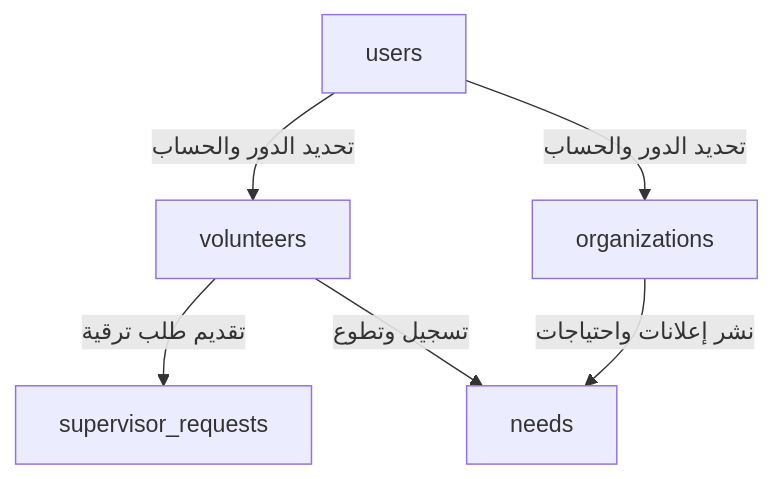
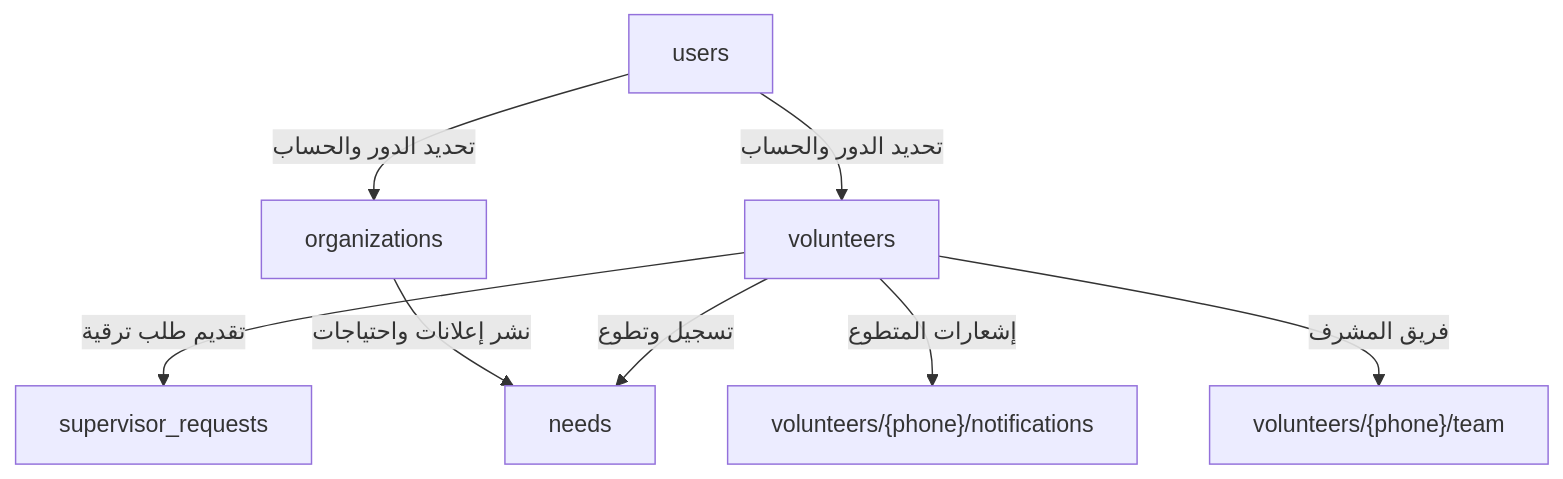
Before and after one commit to ThorsVinland/MAHROUSA: the diagram in FIRESTORE_SCHEMA.md, drawn with Mermaid. The commit also changed other lines of this file and 18 other files, not shown here.

````diff
--- a/FIRESTORE_SCHEMA.md
+++ b/FIRESTORE_SCHEMA.md
@@ -9,8 +9,10 @@
 ```mermaid
 graph TD
     A[users] -->|تحديد الدور والحساب| B[volunteers]
     A -->|تحديد الدور والحساب| C[organizations]
     B -->|تقديم طلب ترقية| D[supervisor_requests]
     C -->|نشر إعلانات واحتياجات| E[needs]
     B -->|تسجيل وتطوع| E
+    B -->|إشعارات المتطوع| F["volunteers/{phone}/notifications"]
+    B -->|فريق المشرف| G["volunteers/{phone}/team"]
 ```
````
